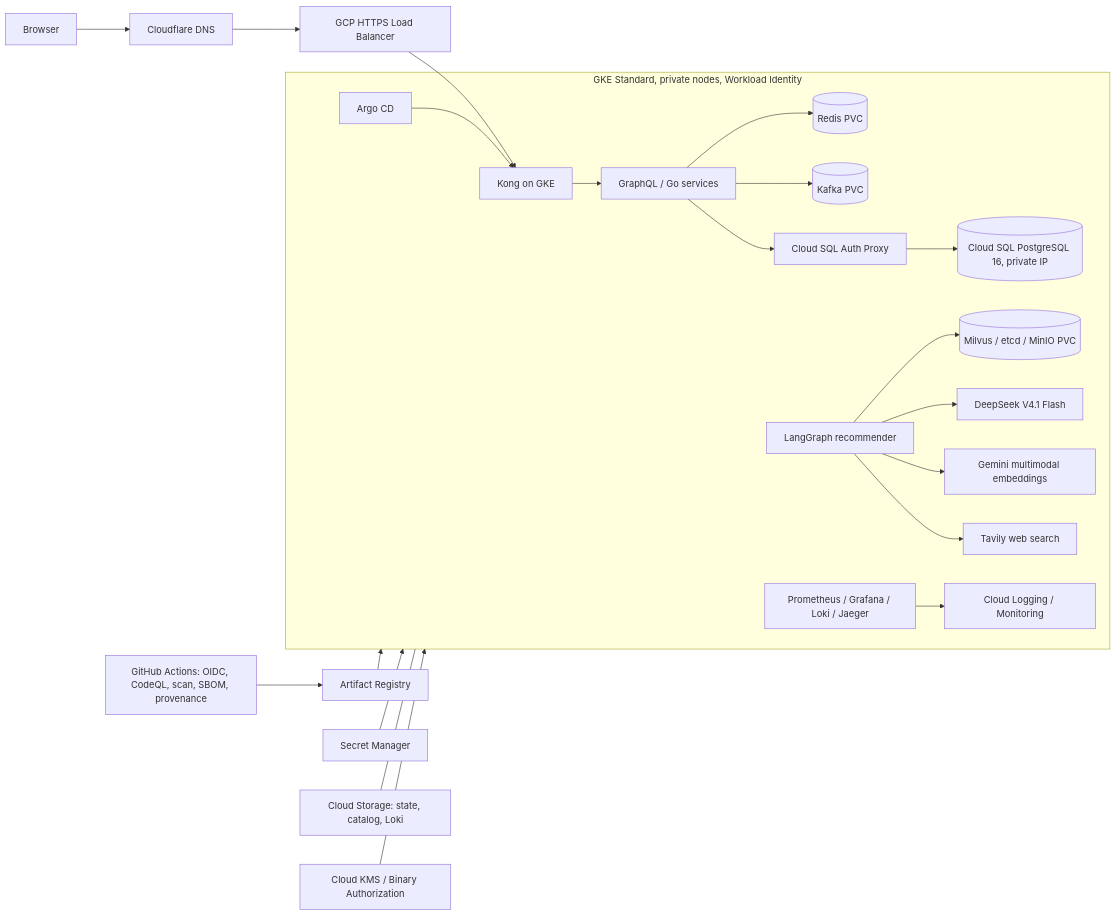
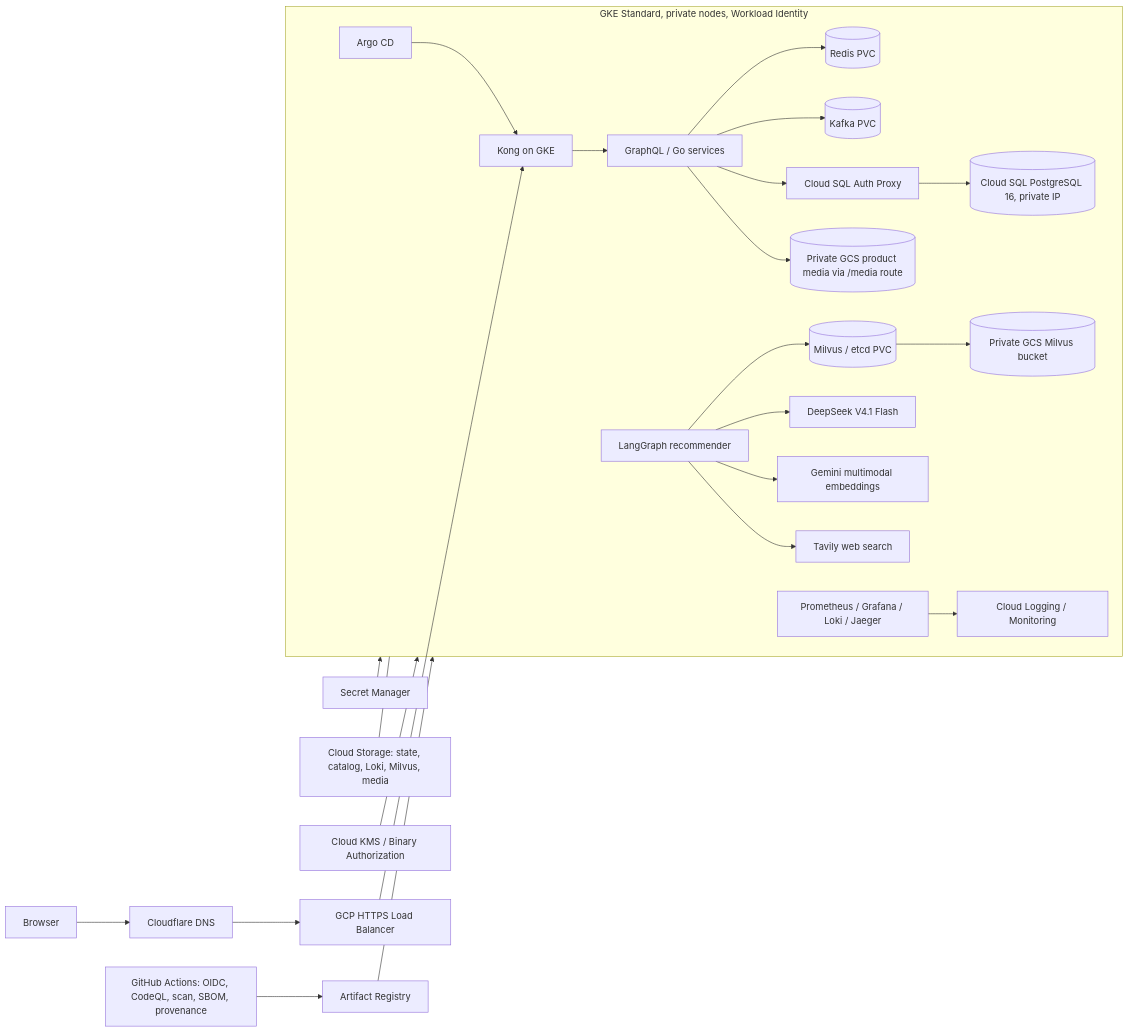
Before and after one commit to Tuananh165-art/GoshopX: the diagram in docs/gcp/README.md, drawn with Mermaid. The commit also changed other lines of this file and 19 other files, not shown here.

Commit message:
fix(gcp): stabilize lab workloads and media storage

````diff
--- a/docs/gcp/README.md
+++ b/docs/gcp/README.md
@@ -9,24 +9,26 @@
 ```mermaid
 flowchart LR
   User[Browser] --> CF[Cloudflare DNS]
   CF --> LB[GCP HTTPS Load Balancer]
   LB --> Kong[Kong on GKE]
   subgraph GKE[GKE Standard, private nodes, Workload Identity]
     Kong --> GraphQL[GraphQL / Go services]
     GraphQL --> Redis[(Redis PVC)]
     GraphQL --> Kafka[(Kafka PVC)]
     GraphQL --> Proxy[Cloud SQL Auth Proxy]
     Proxy --> SQL[(Cloud SQL PostgreSQL 16, private IP)]
-    Recommender[LangGraph recommender] --> Milvus[(Milvus / etcd / MinIO PVC)]
+    Recommender[LangGraph recommender] --> Milvus[(Milvus / etcd PVC)]
+    Milvus --> GCSMilvus[(Private GCS Milvus bucket)]
+    GraphQL --> Media[(Private GCS product media via /media route)]
     Recommender --> DeepSeek[DeepSeek V4.1 Flash]
     Recommender --> Gemini[Gemini multimodal embeddings]
     Recommender --> Tavily[Tavily web search]
     Argo[Argo CD] --> Kong
     Prom[Prometheus / Grafana / Loki / Jaeger] --> CloudObs[Cloud Logging / Monitoring]
   end
   GHA[GitHub Actions: OIDC, CodeQL, scan, SBOM, provenance] --> AR[Artifact Registry]
   AR --> GKE
   SM[Secret Manager] --> GKE
-  GCS[Cloud Storage: state, catalog, Loki] --- GKE
+  GCS[Cloud Storage: state, catalog, Loki, Milvus, media] --- GKE
   KMS[Cloud KMS / Binary Authorization] --> GKE
 ```
````
